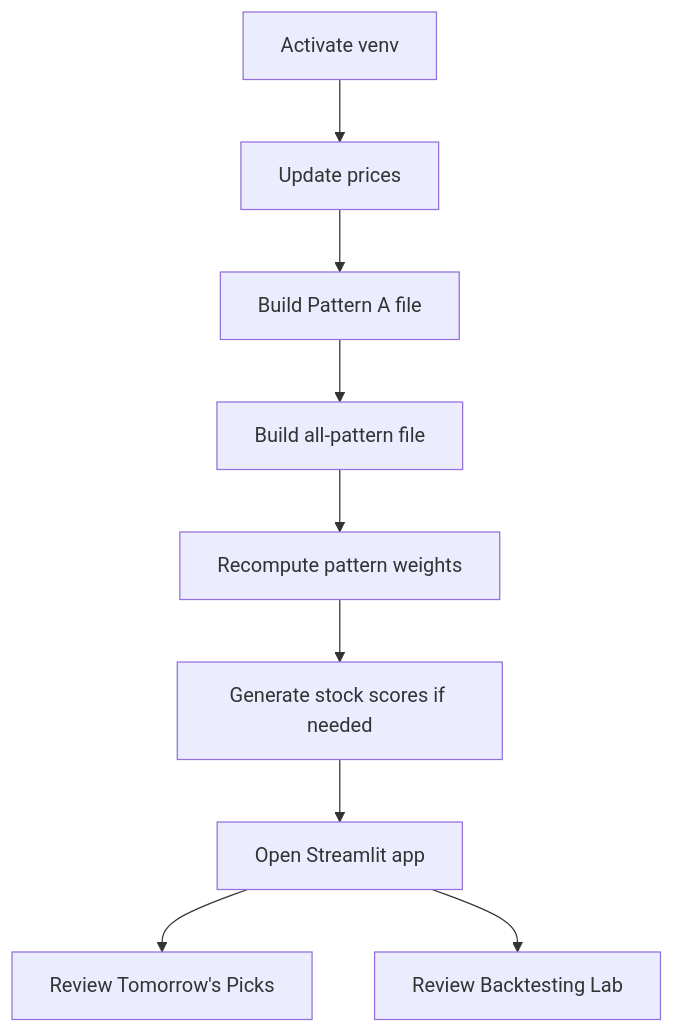
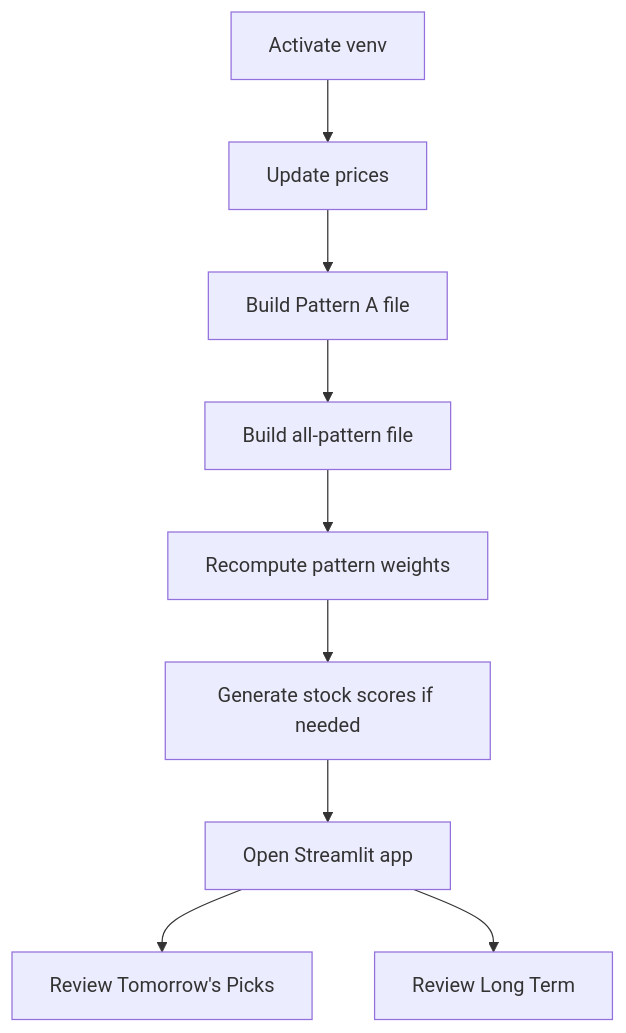
The diagram in stock_triggers/docs/how_to_use.md (SarbariRoy/stock-operator), drawn with Mermaid before and after one commit. The commit also changed other lines of this file and 80 other files, not shown here.

````diff
--- a/stock_triggers/docs/how_to_use.md
+++ b/stock_triggers/docs/how_to_use.md
@@ -15,11 +15,11 @@
 ```mermaid
 flowchart TD
     A[Activate venv] --> B[Update prices]
     B --> C[Build Pattern A file]
     C --> D[Build all-pattern file]
     D --> E[Recompute pattern weights]
     E --> F[Generate stock scores if needed]
     F --> G[Open Streamlit app]
     G --> H[Review Tomorrow's Picks]
-    G --> I[Review Backtesting Lab]
+    G --> I[Review Long Term]
 ```
````
